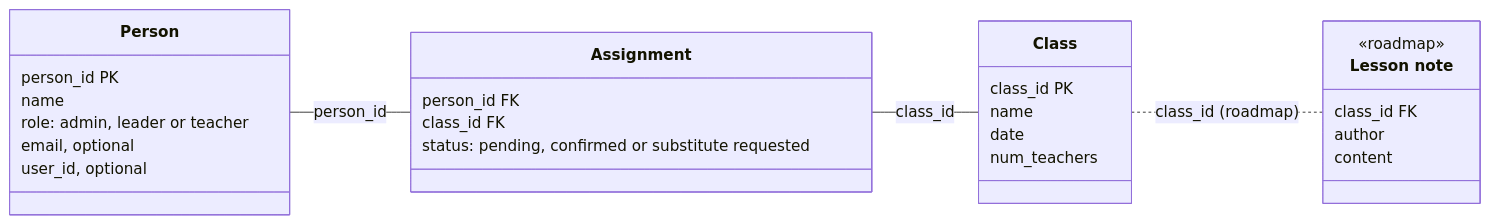
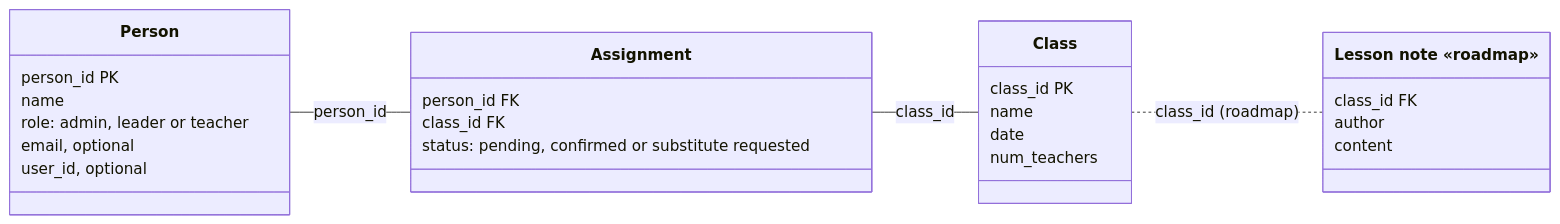
The fourth of 4 diagrams in docs/design.md (Sunday-School-Software/Sunday-School-Scheduler), drawn with Mermaid before and after one commit. The commit also changed other lines of this file, not shown here.

````diff
--- a/docs/design.md
+++ b/docs/design.md
@@ -270,33 +229,32 @@
 ```mermaid
 classDiagram
     direction LR
     class Person {
         person_id PK
         name
         role: admin, leader or teacher
         email, optional
         user_id, optional
     }
     class Assignment {
         person_id FK
         class_id FK
         status: pending, confirmed or substitute requested
     }
     class Class {
         class_id PK
         name
         date
         num_teachers
     }
-    class LessonNote["Lesson note"] {
-        <<roadmap>>
+    class LessonNote["Lesson note «roadmap»"] {
         class_id FK
         author
         content
     }
 
     Person -- Assignment : person_id
     Assignment -- Class : class_id
     Class .. LessonNote : class_id (roadmap)
 
 ```
````
